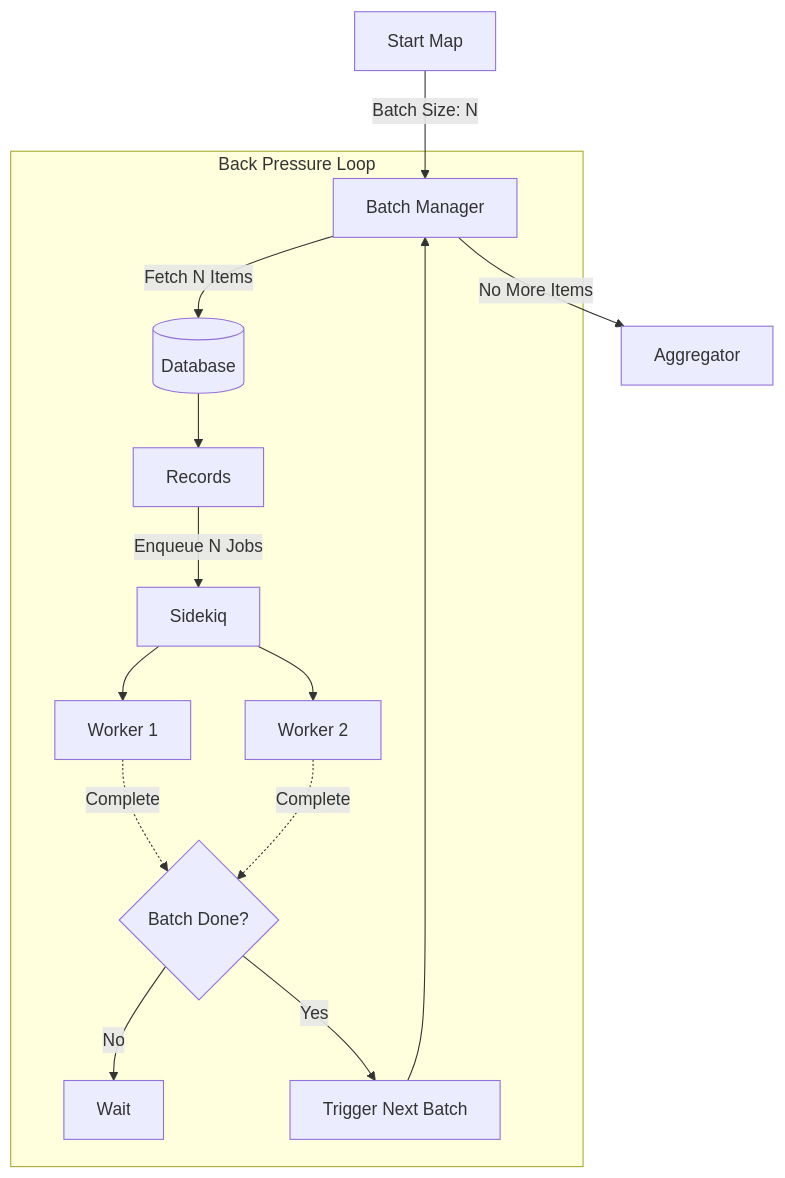
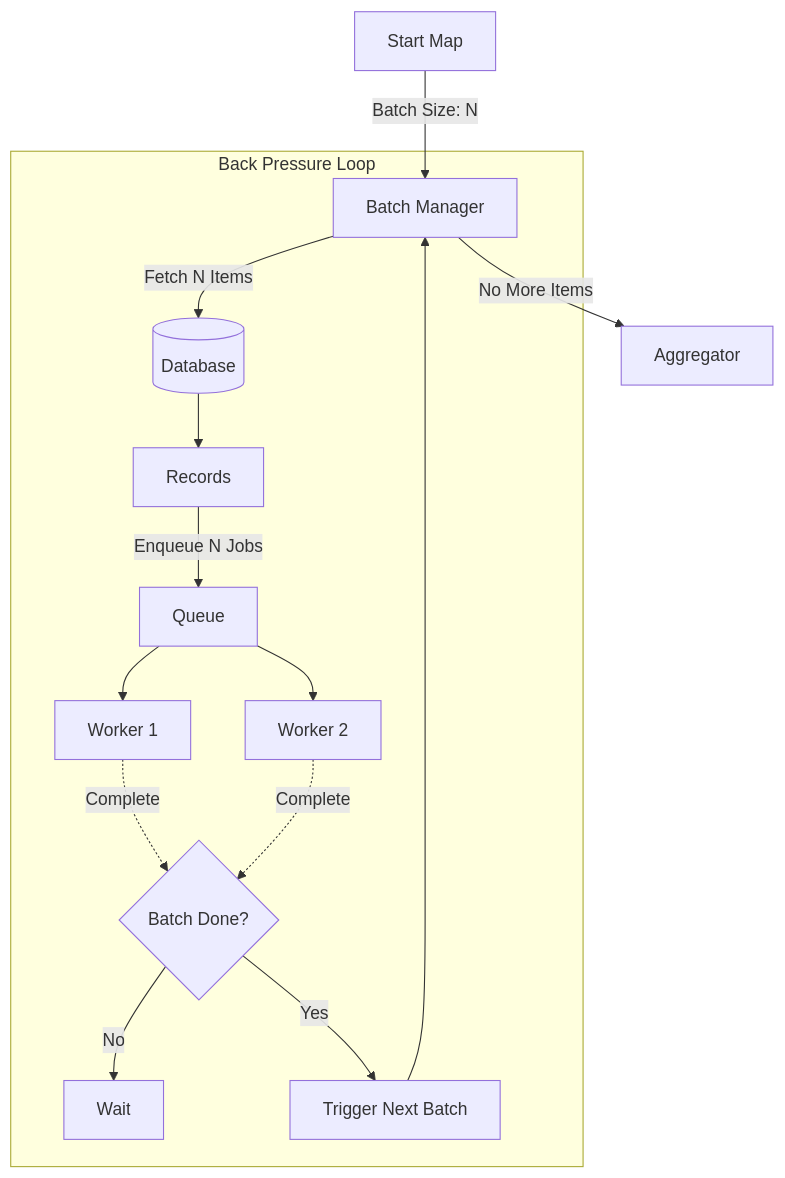
Before and after one commit to arturictus/ruby_reactor: the diagram in documentation/data_pipelines.md, drawn with Mermaid. The commit also changed other lines of this file and 65 other files, not shown here.

````diff
--- a/documentation/data_pipelines.md
+++ b/documentation/data_pipelines.md
@@ -132,22 +132,22 @@
 ```mermaid
 graph TD
     Start[Start Map] -->|Batch Size: N| BatchManager
     
     subgraph "Back Pressure Loop"
         BatchManager[Batch Manager] -->|Fetch N Items| DB[(Database)]
         DB --> Records
-        Records -->|Enqueue N Jobs| Sidekiq
+        Records -->|Enqueue N Jobs| Queue
         
-        Sidekiq --> W1[Worker 1]
-        Sidekiq --> W2[Worker 2]
+        Queue --> W1[Worker 1]
+        Queue --> W2[Worker 2]
         
         W1 -.->|Complete| Check{Batch Done?}
         W2 -.->|Complete| Check
         
         Check -->|No| Wait[Wait]
         Check -->|Yes| Next[Trigger Next Batch]
         Next --> BatchManager
     end
     
     BatchManager -->|No More Items| Finish[Aggregator]
 ```
````
